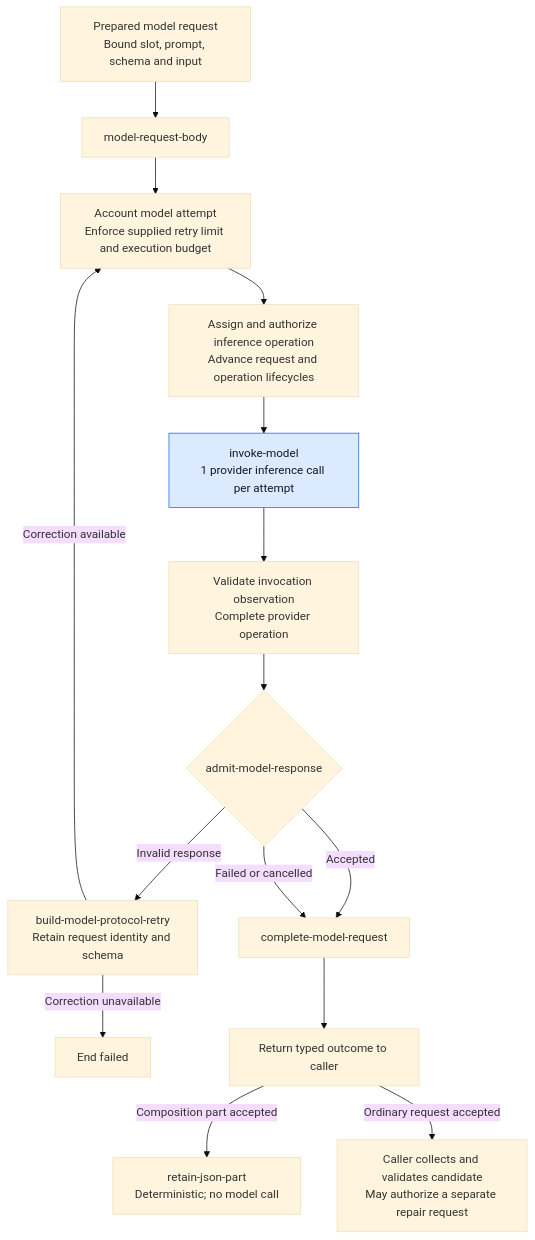
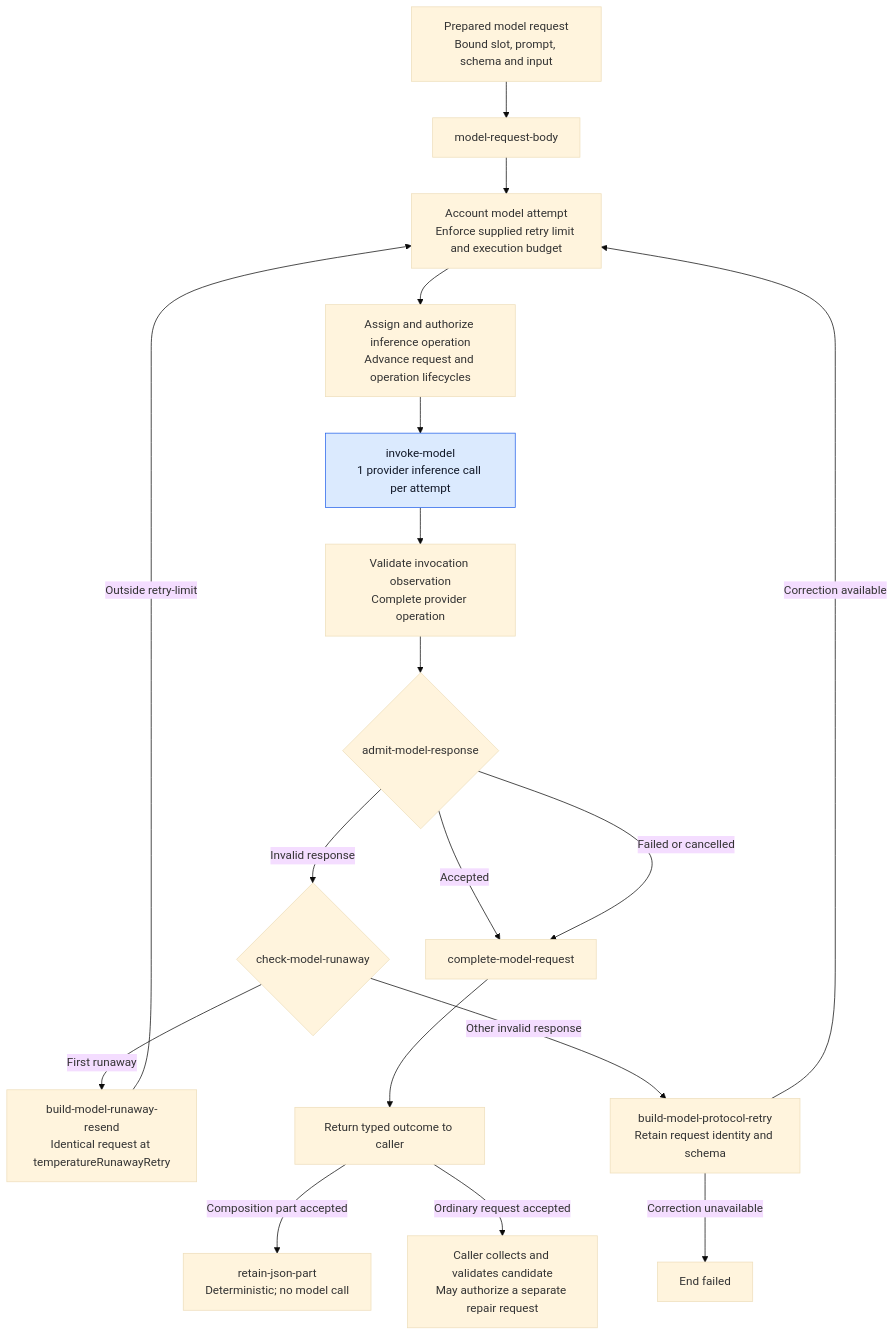
Before and after one commit to littledespot/sdde: the third of 3 diagrams in design/diagrams/21-spec-model-call-tree.md, drawn with Mermaid (base theme). The commit also changed other lines of this file and 128 other files, not shown here.

````diff
--- a/design/diagrams/21-spec-model-call-tree.md
+++ b/design/diagrams/21-spec-model-call-tree.md
@@ -227,21 +229,24 @@
 ```mermaid
 flowchart TD
     REQUEST["Prepared model request<br/>Bound slot, prompt, schema and input"]
     REQUEST --> BODY["model-request-body"]
     BODY --> ACCOUNT["Account model attempt<br/>Enforce supplied retry limit and execution budget"]
     ACCOUNT --> AUTHORIZE["Assign and authorize inference operation<br/>Advance request and operation lifecycles"]
     AUTHORIZE --> INVOKE["invoke-model<br/>1 provider inference call per attempt"]
     INVOKE --> OBSERVE["Validate invocation observation<br/>Complete provider operation"]
     OBSERVE --> ADMIT{"admit-model-response"}
     ADMIT -->|Accepted| CLOSE["complete-model-request"]
-    ADMIT -->|Invalid response| CORRECT["build-model-protocol-retry<br/>Retain request identity and schema"]
+    ADMIT -->|Invalid response| RUNAWAY{"check-model-runaway"}
+    RUNAWAY -->|First runaway| RESEND["build-model-runaway-resend<br/>Identical request at temperatureRunawayRetry"]
+    RESEND -->|Outside retry-limit| ACCOUNT
+    RUNAWAY -->|Other invalid response| CORRECT["build-model-protocol-retry<br/>Retain request identity and schema"]
     CORRECT -->|Correction available| ACCOUNT
     CORRECT -->|Correction unavailable| FAILED["End failed"]
     ADMIT -->|Failed or cancelled| CLOSE
     CLOSE --> OUTCOME["Return typed outcome to caller"]
     OUTCOME -->|Composition part accepted| RETAIN["retain-json-part<br/>Deterministic; no model call"]
     OUTCOME -->|Ordinary request accepted| COLLECT["Caller collects and validates candidate<br/>May authorize a separate repair request"]
 
     classDef model fill:#dbeafe,stroke:#2563eb,color:#111827;
     class INVOKE model;
 ```
````
